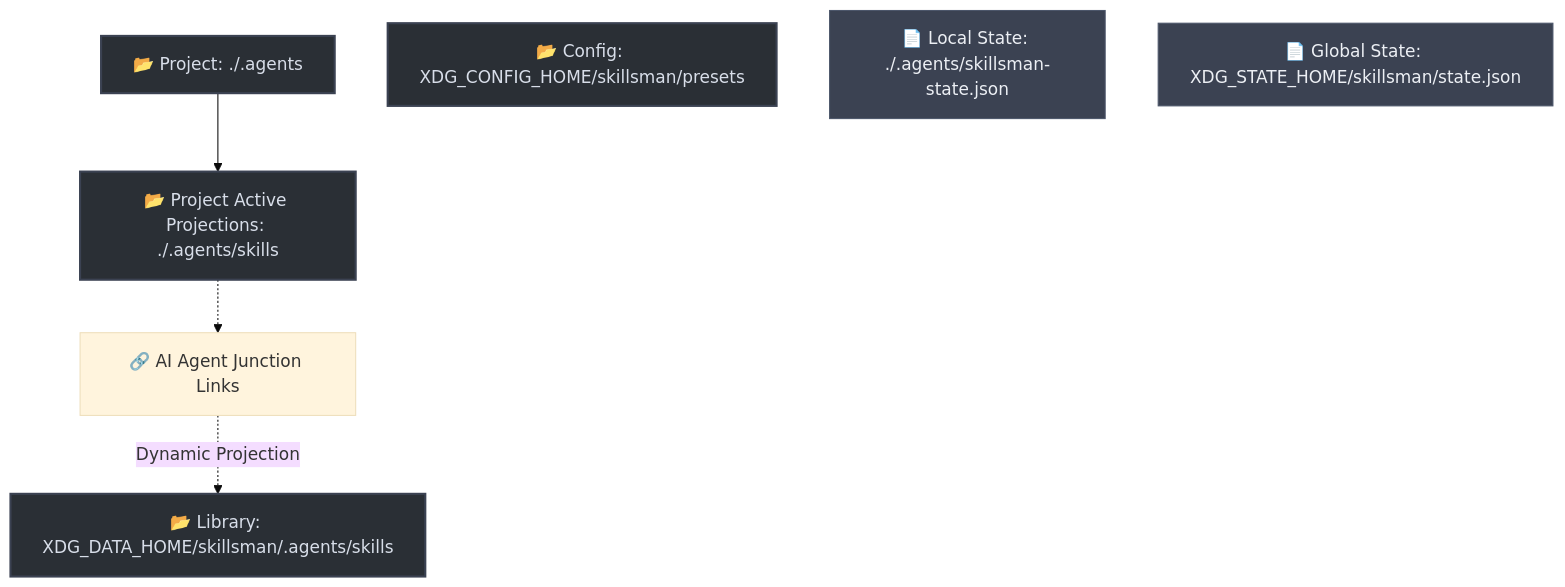
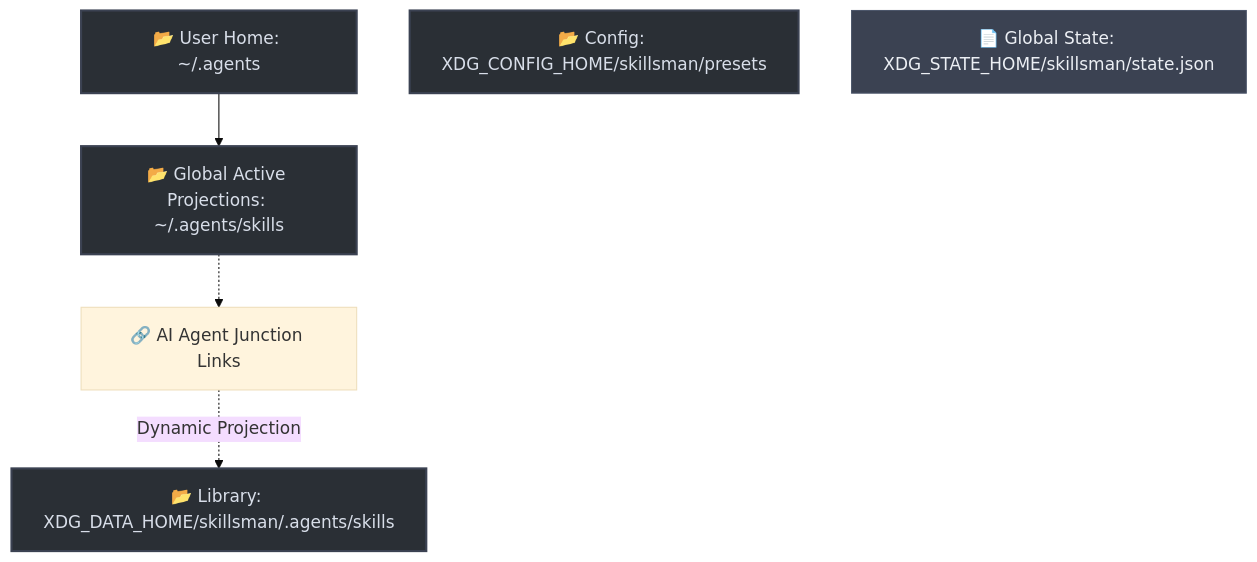
One commit to AlexRadch/skillsman changed the diagram in README.md. Above: the diagram before and after it, drawn with Mermaid (base theme). The commit also changed other lines of this file and 9 other files, not shown here.

Commit message:
refactor: enforce global-only operation in CLI and remove local state support from core logic

````diff
--- a/README.md
+++ b/README.md
@@ -21,19 +21,18 @@
 ```mermaid
 graph TD
     classDef folder fill:#2a2f35,stroke:#3b4252,stroke-width:2px,color:#d8dee9;
     classDef file fill:#3b4252,stroke:#4c566a,stroke-width:1px,color:#eceff4;
 
-    AGENTS[📂 Project: ./.agents]:::folder
-    SKILLS[📂 Project Active Projections: ./.agents/skills]:::folder
+    AGENTS[📂 User Home: ~/.agents]:::folder
+    SKILLS[📂 Global Active Projections: ~/.agents/skills]:::folder
     
     CONF[📂 Config: XDG_CONFIG_HOME/skillsman/presets]:::folder
     DATA[📂 Library: XDG_DATA_HOME/skillsman/.agents/skills]:::folder
-    STATE[📄 Local State: ./.agents/skillsman-state.json]:::file
     GSTATE[📄 Global State: XDG_STATE_HOME/skillsman/state.json]:::file
 
     AGENTS --> SKILLS
     
     LINK[🔗 AI Agent Junction Links]
     SKILLS -.-> LINK
     LINK -.-> |Dynamic Projection| DATA
 ```
````
